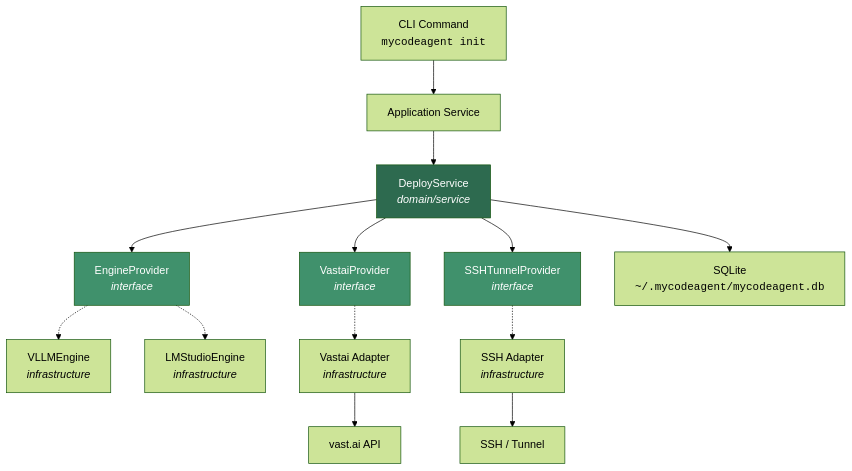
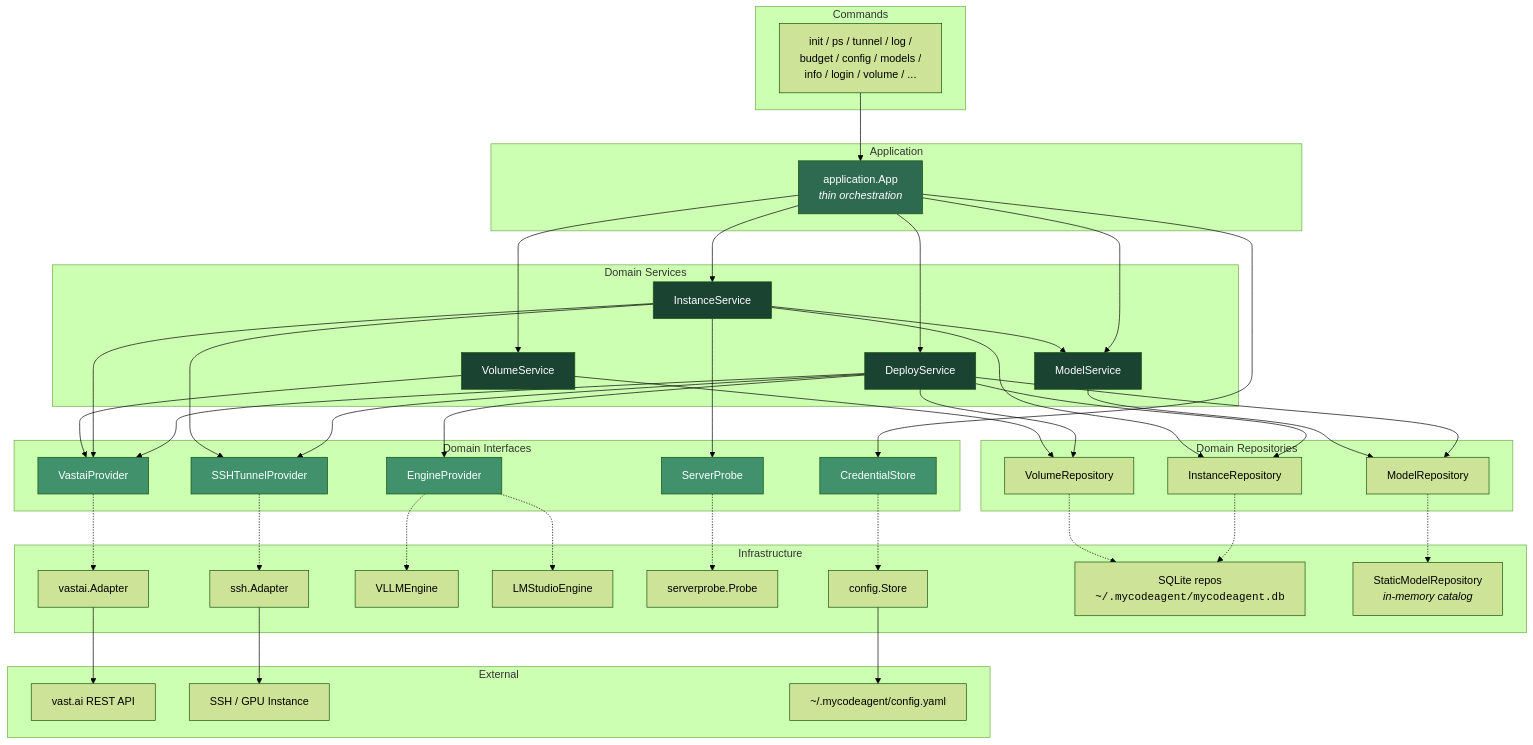
Before and after one commit to WWTLF/mycodeagent: the first of 7 diagrams in docs/Solution.md, drawn with Mermaid (forest theme). The commit also changed other lines of this file and 33 other files, not shown here.

````diff
--- a/docs/Solution.md
+++ b/docs/Solution.md
@@ -9,31 +35,94 @@
 ```mermaid
 graph TD
-    CLI["CLI Command<br/><code>mycodeagent init</code>"]
-    APP["Application Service"]
-    DS["DeployService<br/><i>domain/service</i>"]
-    EP["EngineProvider<br/><i>interface</i>"]
-    VP["VastaiProvider<br/><i>interface</i>"]
-    SP["SSHTunnelProvider<br/><i>interface</i>"]
-    VE["VLLMEngine<br/><i>infrastructure</i>"]
-    LE["LMStudioEngine<br/><i>infrastructure</i>"]
-    VA["Vastai Adapter<br/><i>infrastructure</i>"]
-    SA["SSH Adapter<br/><i>infrastructure</i>"]
-    VAST["vast.ai API"]
-    SSH["SSH / Tunnel"]
-    DB["SQLite<br/><code>~/.mycodeagent/mycodeagent.db</code>"]
+    subgraph "Commands"
+        CMD["init / ps / tunnel / log /<br/>budget / config / models /<br/>info / login / volume / ..."]
+    end
 
-    CLI --> APP --> DS
-    DS --> EP
-    DS --> VP
-    DS --> SP
+    subgraph "Application"
+        APP["application.App<br/><i>thin orchestration</i>"]
+    end
+
+    subgraph "Domain Services"
+        DSVC["DeployService"]
+        ISVC["InstanceService"]
+        VSVC["VolumeService"]
+        MSVC["ModelService"]
+    end
+
+    subgraph "Domain Interfaces"
+        VP["VastaiProvider"]
+        SP["SSHTunnelProvider"]
+        EP["EngineProvider"]
+        PROBE["ServerProbe"]
+        CS["CredentialStore"]
+    end
+
+    subgraph "Domain Repositories"
+        IR["InstanceRepository"]
+        VR["VolumeRepository"]
+        MR["ModelRepository"]
+    end
+
+    subgraph "Infrastructure"
+        VA["vastai.Adapter"]
+        SA["ssh.Adapter"]
+        VE["VLLMEngine"]
+        LE["LMStudioEngine"]
+        SPI["serverprobe.Probe"]
+        CST["config.Store"]
+        SQ["SQLite repos<br/><code>~/.mycodeagent/mycodeagent.db</code>"]
+        STAT["StaticModelRepository<br/><i>in-memory catalog</i>"]
+    end
+
+    subgraph "External"
+        VAST["vast.ai REST API"]
+        SSHTGT["SSH / GPU Instance"]
+        FS["~/.mycodeagent/config.yaml"]
+    end
+
+    CMD --> APP
+    APP --> DSVC
+    APP --> ISVC
+    APP --> VSVC
+    APP --> MSVC
+    APP --> CS
+
+    DSVC --> VP
+    DSVC --> SP
+    DSVC --> EP
+    DSVC --> IR
+    DSVC --> VR
+    DSVC --> MR
+
+    ISVC --> VP
+    ISVC --> SP
+    ISVC --> PROBE
+    ISVC --> IR
+    ISVC --> MSVC
+
+    VSVC --> VP
+    VSVC --> VR
+
+    MSVC --> MR
+
+    VP -.-> VA --> VAST
+    SP -.-> SA --> SSHTGT
     EP -.-> VE
     EP -.-> LE
-    VP -.-> VA --> VAST
-    SP -.-> SA --> SSH
-    DS --> DB
+    PROBE -.-> SPI
+    CS -.-> CST --> FS
+    IR -.-> SQ
+    VR -.-> SQ
+    MR -.-> STAT
 
-    style DS fill:#2d6a4f,color:#fff
-    style EP fill:#40916c,color:#fff
+    style APP fill:#2d6a4f,color:#fff
+    style DSVC fill:#1b4332,color:#fff
+    style ISVC fill:#1b4332,color:#fff
+    style VSVC fill:#1b4332,color:#fff
+    style MSVC fill:#1b4332,color:#fff
     style VP fill:#40916c,color:#fff
     style SP fill:#40916c,color:#fff
+    style EP fill:#40916c,color:#fff
+    style PROBE fill:#40916c,color:#fff
+    style CS fill:#40916c,color:#fff
 ```
````
